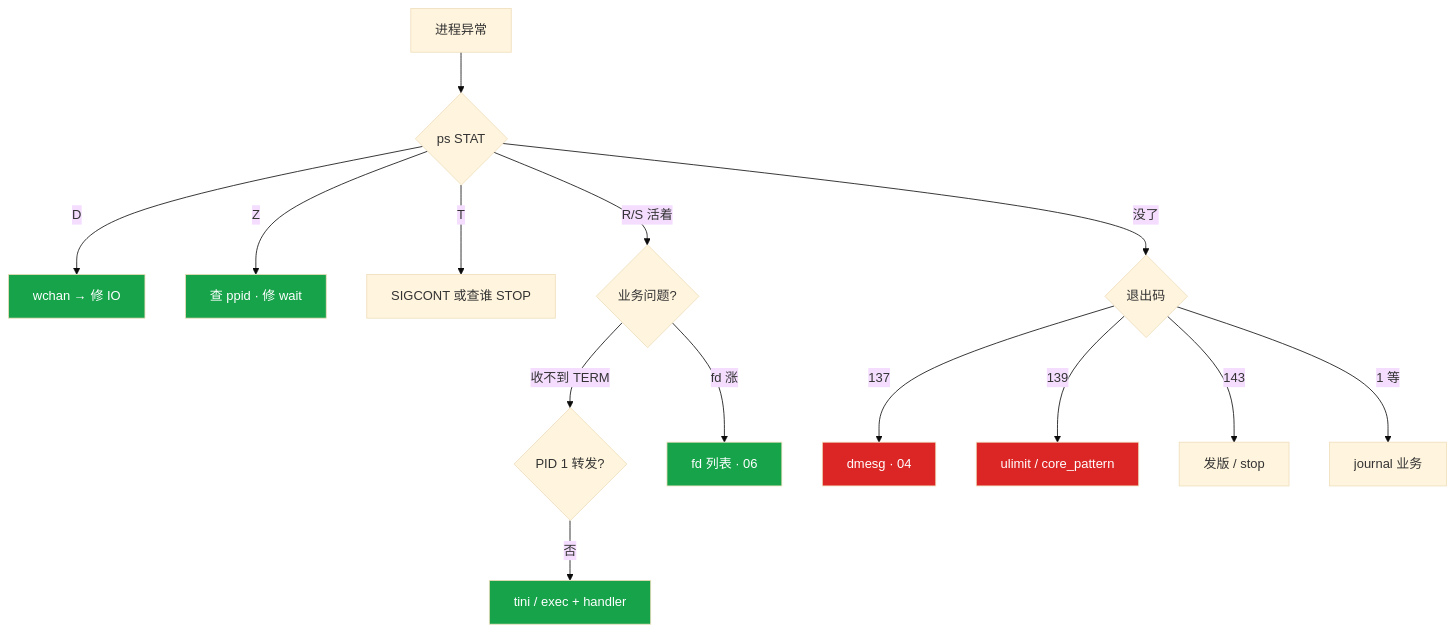
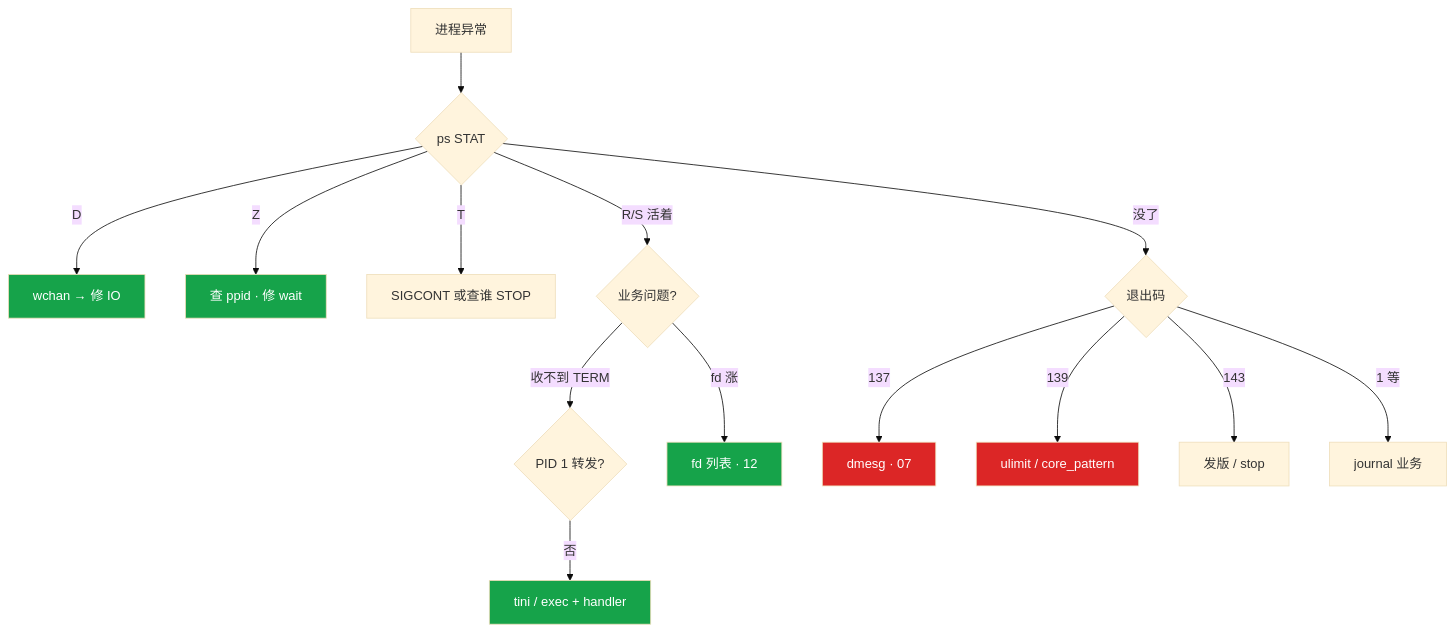
Before and after one commit to ml-cuizijun/LearnToLilith: the ninth of 9 diagrams in 01-基础底座/05-进程与信号/知识点.md, drawn with Mermaid (base theme). The commit also changed other lines of this file and 56 other files, not shown here.

````diff
--- a/01-基础底座/05-进程与信号/知识点.md
+++ b/01-基础底座/05-进程与信号/知识点.md
@@ -961,21 +961,21 @@
 ```mermaid
 flowchart TB
     A[进程异常] --> B{ps STAT}
     B -->|D| C[wchan → 修 IO]
     B -->|Z| D[查 ppid · 修 wait]
     B -->|T| T1[SIGCONT 或查谁 STOP]
     B -->|R/S 活着| E{业务问题?}
     E -->|收不到 TERM| I{PID 1 转发?}
     I -->|否| J[tini / exec + handler]
-    E -->|fd 涨| K[fd 列表 · 06]
+    E -->|fd 涨| K[fd 列表 · 12]
     B -->|没了| F{退出码}
-    F -->|137| G["dmesg · 04"]
+    F -->|137| G["dmesg · 07"]
     F -->|139| H[ulimit / core_pattern]
     F -->|143| L[发版 / stop]
     F -->|1 等| M[journal 业务]
 
     classDef bad fill:#DC2626,color:#fff
     classDef ok fill:#16A34A,color:#fff
     class C,D,J,K ok
     class G,H bad
 ```
````
